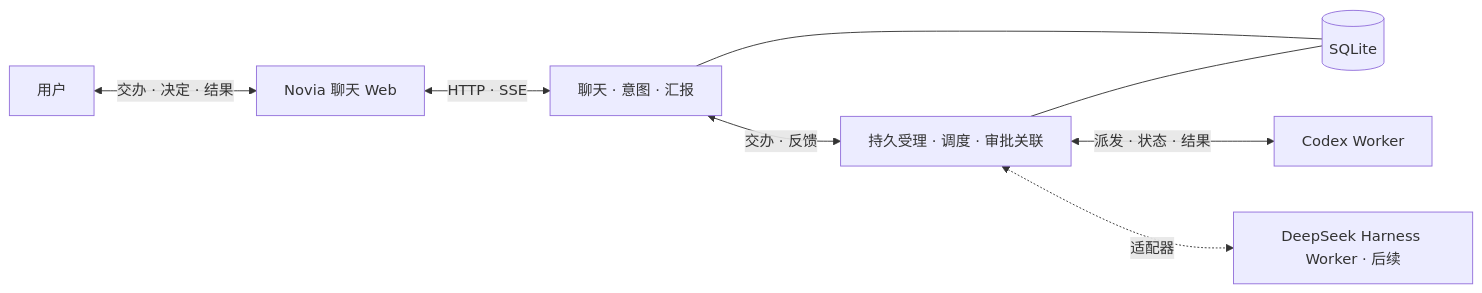
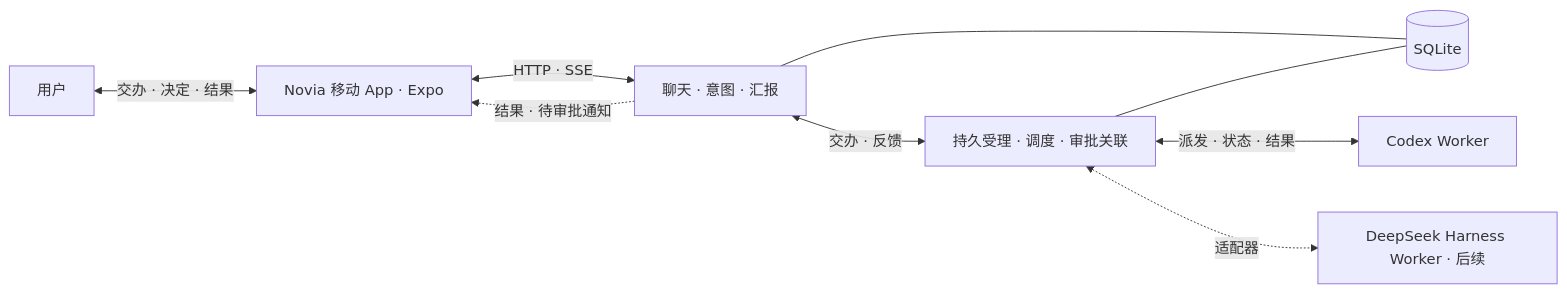
One commit to hoholidayx/Aion changed the diagram in docs/assistant-worker-dispatch-prd.md. Above: the diagram before and after it, drawn with Mermaid. The commit also changed other lines of this file, not shown here.

Commit message:
docs: recommend Expo for the Novia mobile client

````diff
--- a/docs/assistant-worker-dispatch-prd.md
+++ b/docs/assistant-worker-dispatch-prd.md
@@ -33,17 +39,18 @@
 ```mermaid
 flowchart LR
     User["用户"]
-    Web["Novia 聊天 Web"]
+    App["Novia 移动 App · Expo"]
     Chat["聊天 · 意图 · 汇报"]
     Dispatch["持久受理 · 调度 · 审批关联"]
     Store[("SQLite")]
     Codex["Codex Worker"]
     Harness["DeepSeek Harness Worker · 后续"]
-    User <-->|交办 · 决定 · 结果| Web
-    Web <-->|HTTP · SSE| Chat
+    User <-->|交办 · 决定 · 结果| App
+    App <-->|HTTP · SSE| Chat
+    Chat -.->|结果 · 待审批通知| App
     Chat <-->|交办 · 反馈| Dispatch
     Chat --- Store
     Dispatch --- Store
     Dispatch <-->|派发 · 状态 · 结果| Codex
     Dispatch <-.->|适配器| Harness
 ```
````
